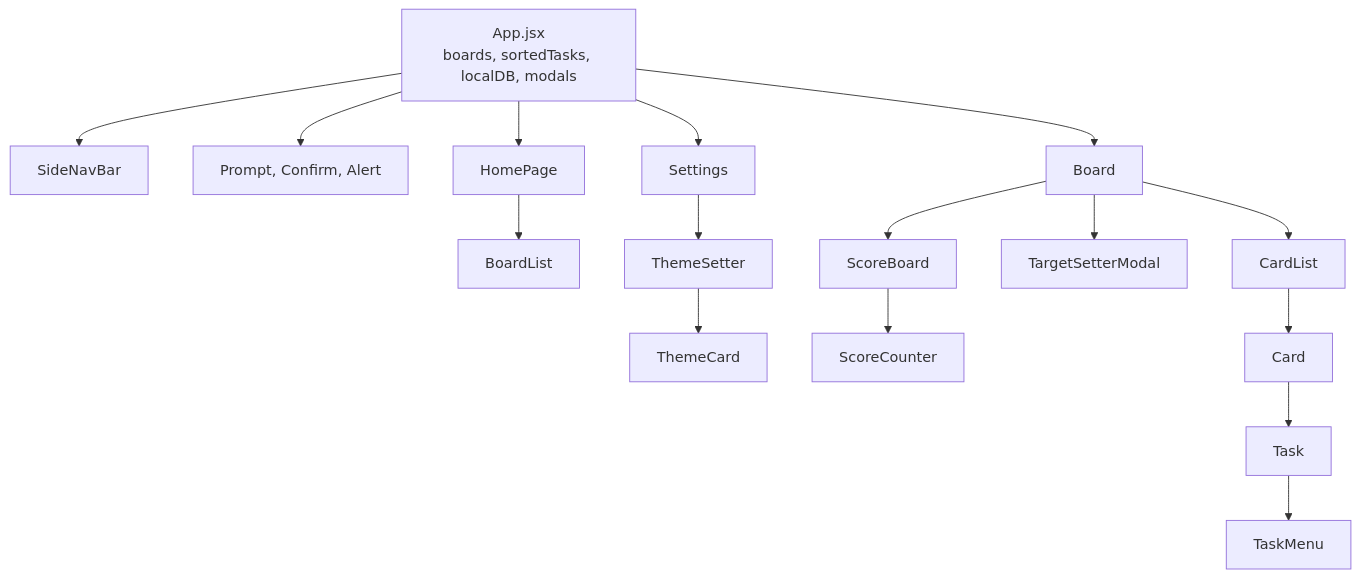
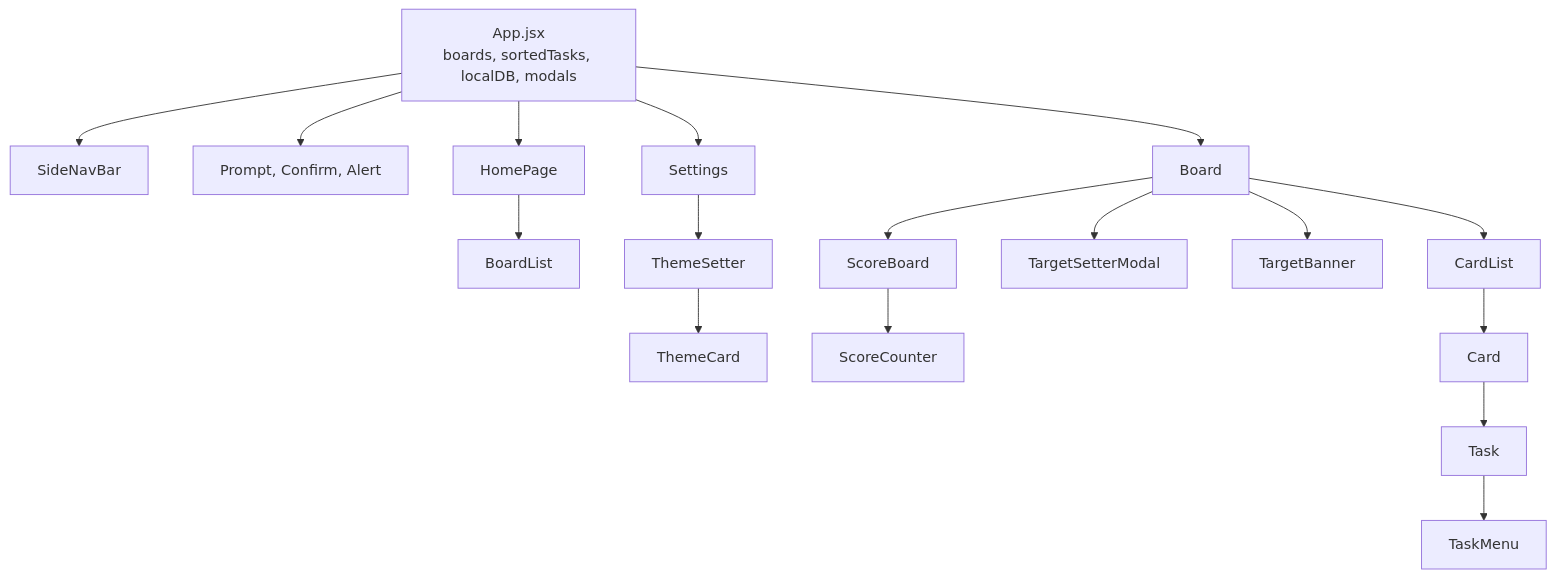
Before and after one commit to TomBenjaminMorris/listpal-frontend: the second of 6 diagrams in ARCHITECTURE.md, drawn with Mermaid. The commit also changed 5 other files, not shown here.

First line of the commit message:
Add target-hit notification banner and fix confetti arming (#20)

````diff
--- a/ARCHITECTURE.md
+++ b/ARCHITECTURE.md
@@ -106,17 +106,18 @@
 ```mermaid
 flowchart TB
     App["App.jsx<br/>boards, sortedTasks, localDB, modals"]
     App --> SNB["SideNavBar"]
     App --> Modals["Prompt, Confirm, Alert"]
     App --> Home["HomePage"]
     App --> Settings["Settings"]
     App --> Board["Board"]
     Home --> BL["BoardList"]
     Settings --> TS["ThemeSetter"] --> TC["ThemeCard"]
     Board --> SB["ScoreBoard"] --> SC["ScoreCounter"]
     Board --> TSM["TargetSetterModal"]
+    Board --> TB["TargetBanner"]
     Board --> CardList["CardList"]
     CardList --> Card["Card"]
     Card --> Task["Task"]
     Task --> TaskMenu["TaskMenu"]
 ```
````
